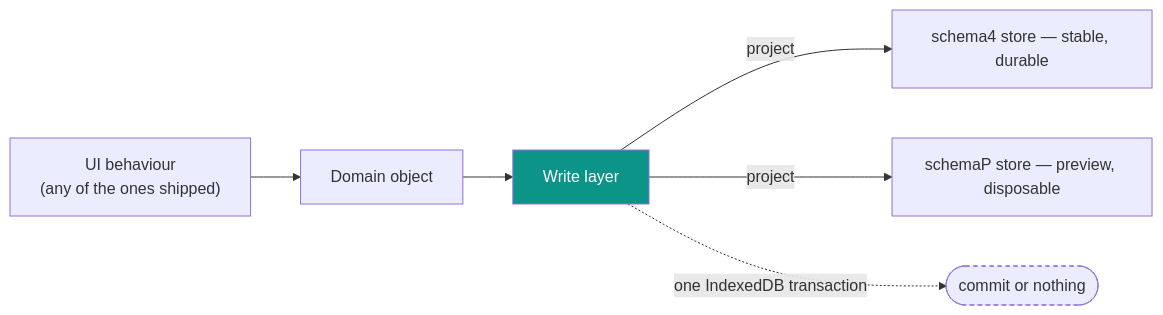
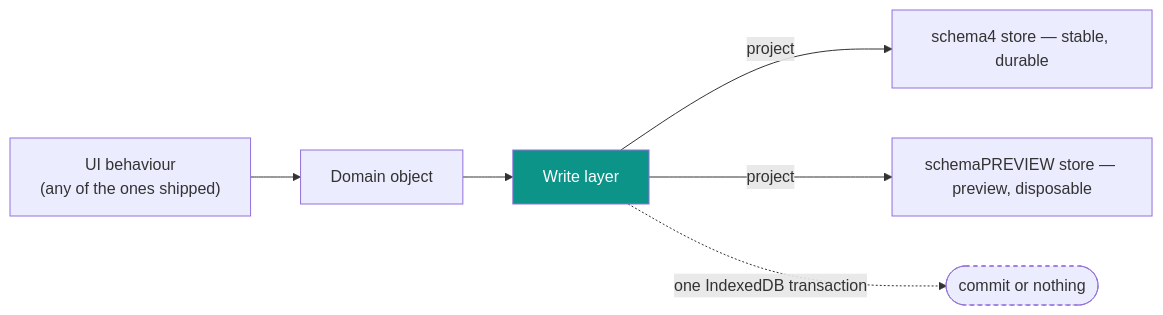
One commit to stutek/LibrePT changed the fourth of 4 diagrams in docs/DATA_MODEL.md. Above: the diagram before and after it, drawn with Mermaid. The commit also changed other lines of this file and 18 other files, not shown here.

First line of the commit message:
feat(schema): PREVIEW replaces P, provisioned like a released schema

````diff
--- a/docs/DATA_MODEL.md
+++ b/docs/DATA_MODEL.md
@@ -532,11 +536,11 @@
 ```mermaid
 flowchart LR
     UI["UI behaviour<br/>(any of the ones shipped)"] --> D["Domain object"]
     D --> W["Write layer"]
     W -->|project| S4["schema4 store — stable, durable"]
-    W -->|project| SP["schemaP store — preview, disposable"]
+    W -->|project| SP["schemaPREVIEW store — preview, disposable"]
     W -.->|"one IndexedDB transaction"| TX(["commit or nothing"])
 
     style W fill:#0d9488,color:#fff
     style TX stroke-dasharray: 4 4
 ```
````
